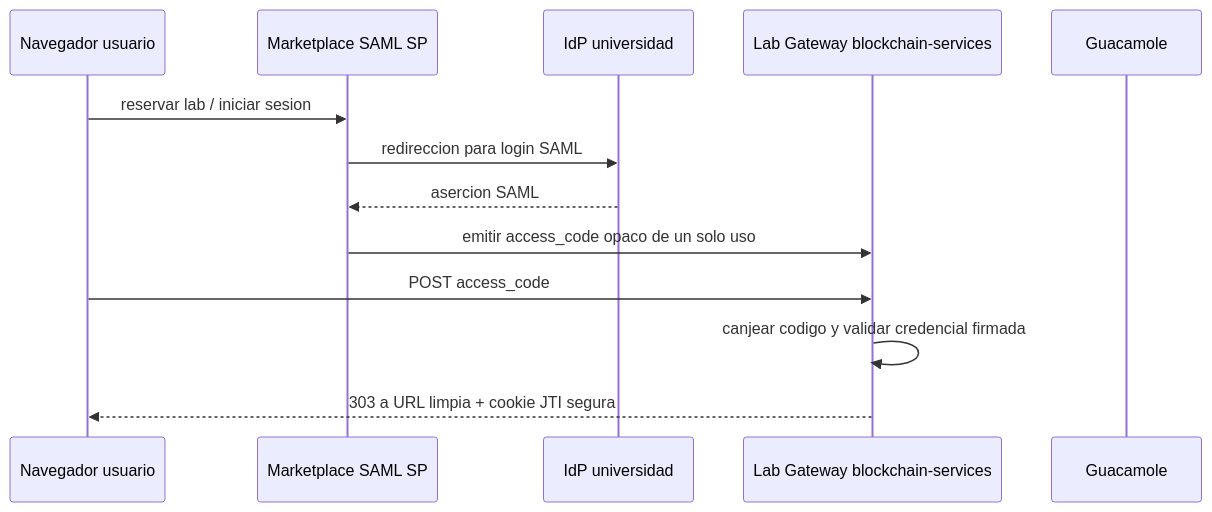
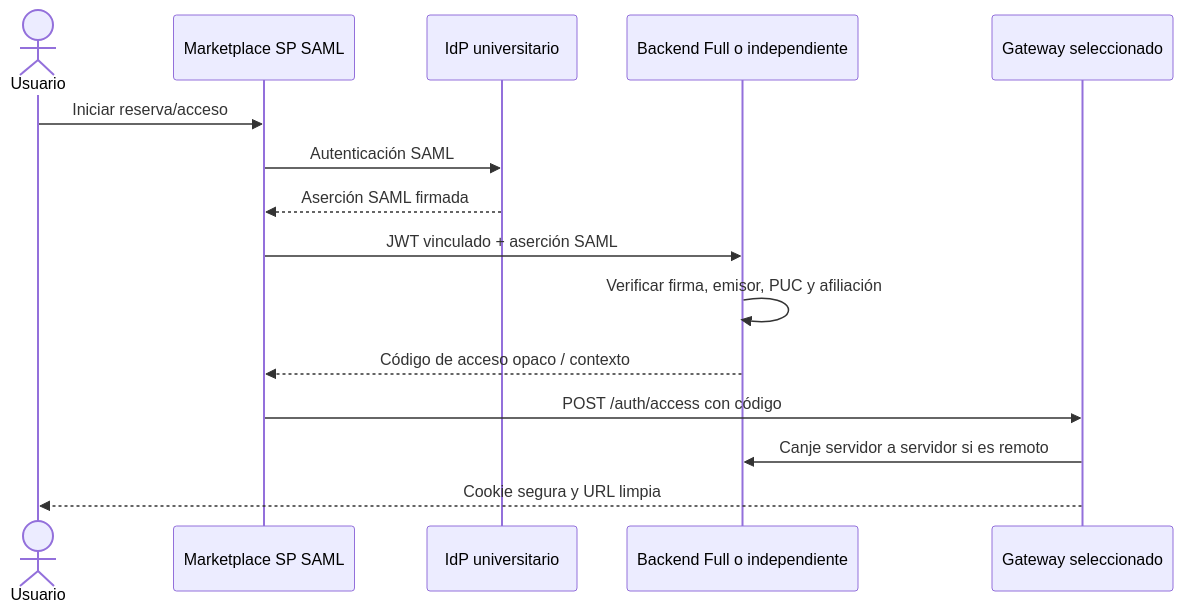
Before and after one commit to DecentraLabsCom/Lab-Gateway: the diagram in docs/edugain/edugain-federacion.md, drawn with Mermaid. The commit also changed other lines of this file and 22 other files, not shown here.

````diff
--- a/docs/edugain/edugain-federacion.md
+++ b/docs/edugain/edugain-federacion.md
@@ -20,16 +19,18 @@
 ```mermaid
 sequenceDiagram
-    participant Browser as Navegador usuario
-    participant Marketplace as Marketplace SAML SP
-    participant IdP as IdP universidad
-    participant Gateway as Lab Gateway blockchain-services
-    participant Guac as Guacamole
+    actor Usuario
+    participant M as Marketplace SP SAML
+    participant IdP as IdP universitario
+    participant B as Backend Full o independiente
+    participant L as Gateway seleccionado
 
-    Browser->>Marketplace: reservar lab / iniciar sesion
-    Marketplace->>IdP: redireccion para login SAML
-    IdP-->>Marketplace: asercion SAML
-    Marketplace->>Gateway: emitir access_code opaco de un solo uso
-    Browser->>Gateway: POST access_code
-    Gateway->>Gateway: canjear codigo y validar credencial firmada
-    Gateway-->>Browser: 303 a URL limpia + cookie JTI segura
+    Usuario->>M: Iniciar reserva/acceso
+    M->>IdP: Autenticación SAML
+    IdP-->>M: Aserción SAML firmada
+    M->>B: JWT vinculado + aserción SAML
+    B->>B: Verificar firma, emisor, PUC y afiliación
+    B-->>M: Código de acceso opaco / contexto
+    M->>L: POST /auth/access con código
+    L->>B: Canje servidor a servidor si es remoto
+    L-->>Usuario: Cookie segura y URL limpia
 ```
````
